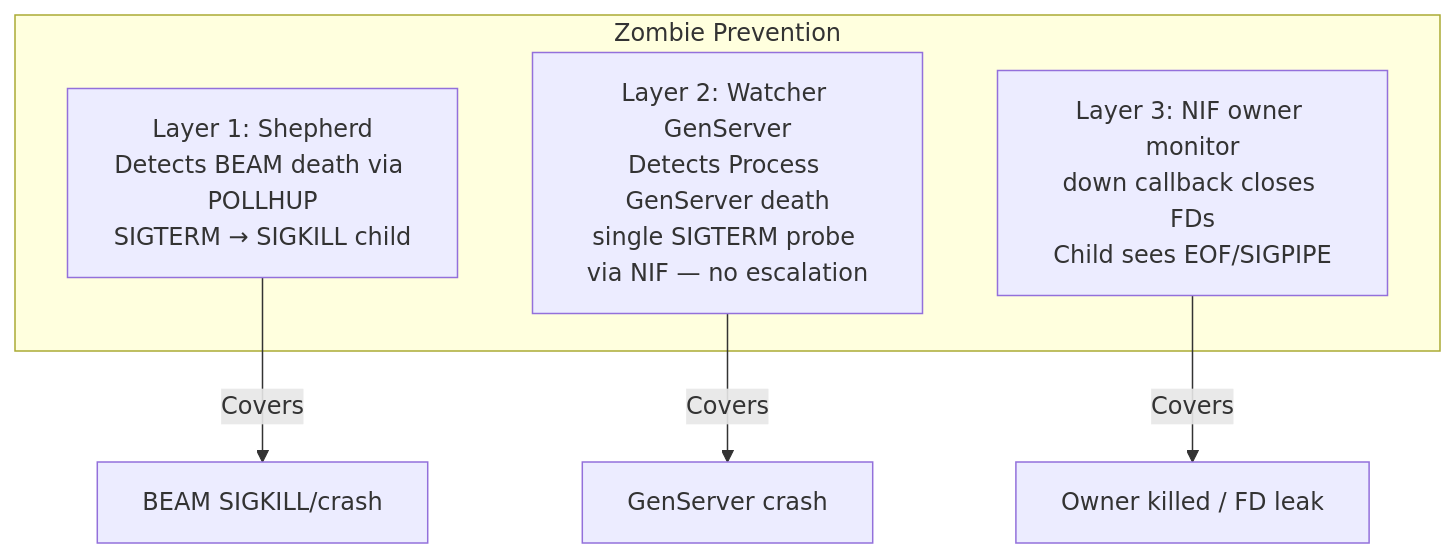
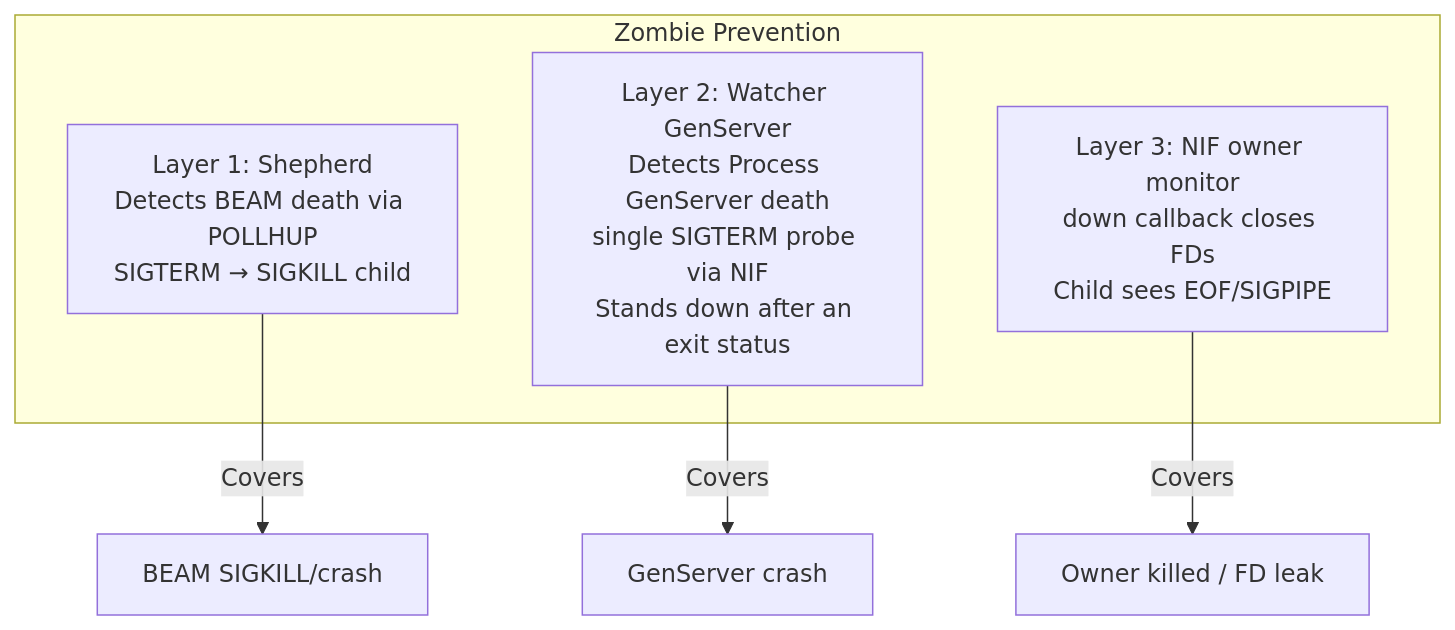
The third of 3 diagrams in docs/architecture.md (nyo16/net_runner), drawn with Mermaid before and after one commit. The commit also changed other lines of this file and 9 other files, not shown here.

````diff
--- a/docs/architecture.md
+++ b/docs/architecture.md
@@ -70,11 +70,11 @@
 ```mermaid
 graph TD
     subgraph "Zombie Prevention"
         L1[Layer 1: Shepherd<br/>Detects BEAM death via POLLHUP<br/>SIGTERM → SIGKILL child]
-        L2[Layer 2: Watcher GenServer<br/>Detects Process GenServer death<br/>single SIGTERM probe via NIF — no escalation]
+        L2[Layer 2: Watcher GenServer<br/>Detects Process GenServer death<br/>single SIGTERM probe via NIF<br/>Stands down after an exit status]
         L3[Layer 3: NIF owner monitor<br/>down callback closes FDs<br/>Child sees EOF/SIGPIPE]
     end
     L1 -->|Covers| BEAM_CRASH[BEAM SIGKILL/crash]
     L2 -->|Covers| GS_CRASH[GenServer crash]
     L3 -->|Covers| LEAK[Owner killed / FD leak]
 ```
````
